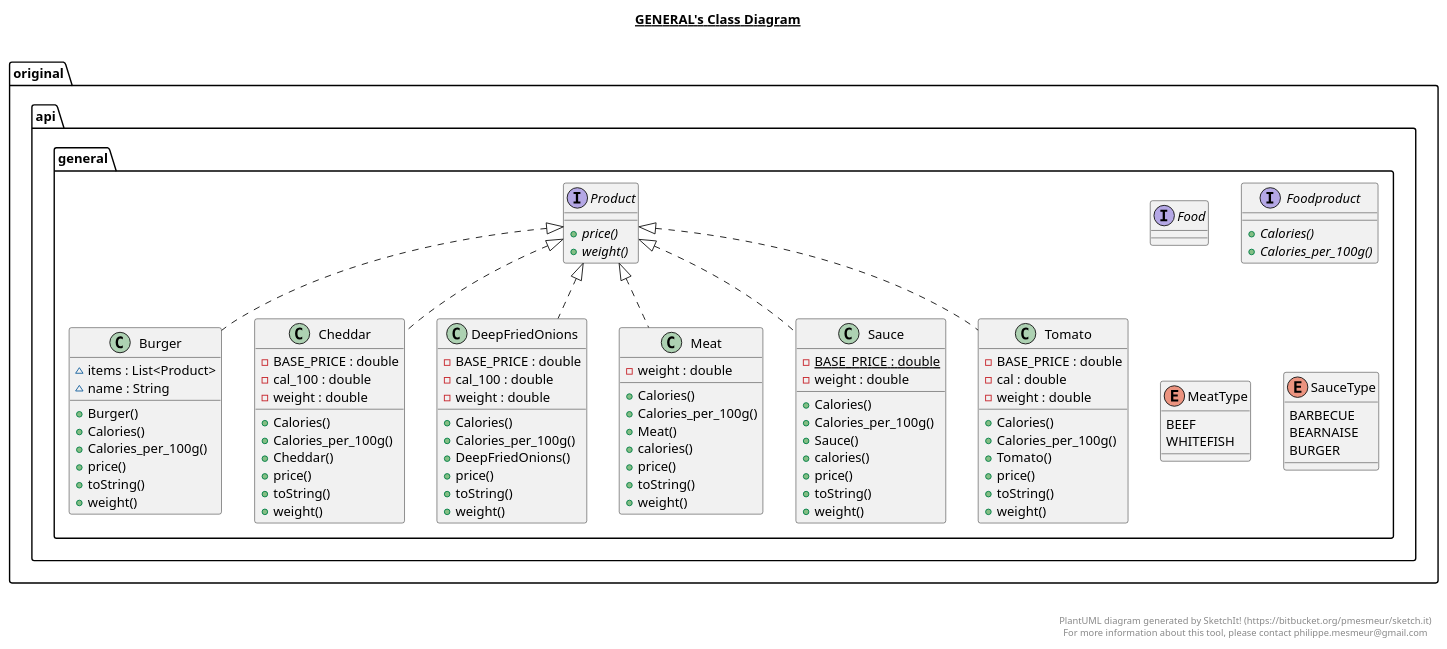
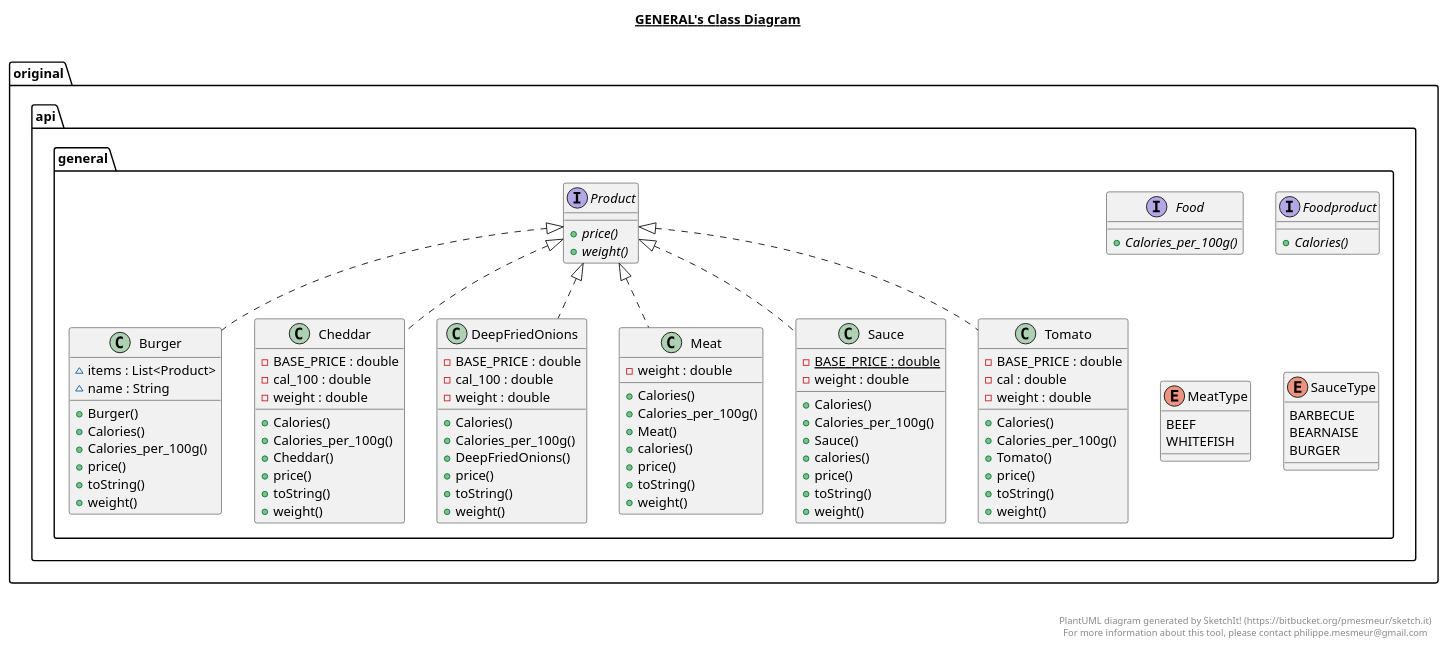
The diagram in original/api/general/general.plantuml (mehdisellami/designp), drawn with PlantUML before and after one commit. The commit also changed other lines of this file and 11 other files, not shown here.

```diff
--- a/original/api/general/general.plantuml
+++ b/original/api/general/general.plantuml
@@ -1,151 +1,151 @@
 @startuml
 
 title __GENERAL's Class Diagram__\n
 
   namespace original.api.general {
     class original.api.general.Burger {
         ~ items : List<Product>
         ~ name : String
         + Burger()
         + Calories()
         + Calories_per_100g()
         + price()
         + toString()
         + weight()
     }
   }
   
 
   namespace original.api.general {
     class original.api.general.Cheddar {
         - BASE_PRICE : double
         - cal_100 : double
         - weight : double
         + Calories()
         + Calories_per_100g()
         + Cheddar()
         + price()
         + toString()
         + weight()
     }
   }
   
 
   namespace original.api.general {
     class original.api.general.DeepFriedOnions {
         - BASE_PRICE : double
         - cal_100 : double
         - weight : double
         + Calories()
         + Calories_per_100g()
         + DeepFriedOnions()
         + price()
         + toString()
         + weight()
     }
   }
   
 
   namespace original.api.general {
     interface original.api.general.Food {
+        {abstract} + Calories_per_100g()
     }
   }
   
 
   namespace original.api.general {
     interface original.api.general.Foodproduct {
         {abstract} + Calories()
-        {abstract} + Calories_per_100g()
     }
   }
   
 
   namespace original.api.general {
     class original.api.general.Meat {
         - weight : double
         + Calories()
         + Calories_per_100g()
         + Meat()
         + calories()
         + price()
         + toString()
         + weight()
     }
   }
   
 
   namespace original.api.general {
     enum MeatType {
       BEEF
       WHITEFISH
     }
   }
   
 
   namespace original.api.general {
     interface original.api.general.Product {
         {abstract} + price()
         {abstract} + weight()
     }
   }
   
 
   namespace original.api.general {
     class original.api.general.Sauce {
         {static} - BASE_PRICE : double
         - weight : double
         + Calories()
         + Calories_per_100g()
         + Sauce()
         + calories()
         + price()
         + toString()
         + weight()
     }
   }
   
 
   namespace original.api.general {
     enum SauceType {
       BARBECUE
       BEARNAISE
       BURGER
     }
   }
   
 
   namespace original.api.general {
     class original.api.general.Tomato {
         - BASE_PRICE : double
         - cal : double
         - weight : double
         + Calories()
         + Calories_per_100g()
         + Tomato()
         + price()
         + toString()
         + weight()
     }
   }
   
 
   original.api.general.Burger .up.|> original.api.general.Product
   original.api.general.Cheddar .up.|> original.api.general.Product
   original.api.general.DeepFriedOnions .up.|> original.api.general.Product
   original.api.general.Meat .up.|> original.api.general.Product
   original.api.general.Meat o-- original.api.general.Meat.MeatType : type
   original.api.general.Meat +-down- original.api.general.Meat.MeatType
   original.api.general.Sauce .up.|> original.api.general.Product
   original.api.general.Sauce o-- original.api.general.Sauce.SauceType : type
   original.api.general.Sauce +-down- original.api.general.Sauce.SauceType
   original.api.general.Tomato .up.|> original.api.general.Product
 
 
 right footer
 
 
 PlantUML diagram generated by SketchIt! (https://bitbucket.org/pmesmeur/sketch.it)
 For more information about this tool, please contact philippe.mesmeur@gmail.com
 endfooter
 
 @enduml
```
